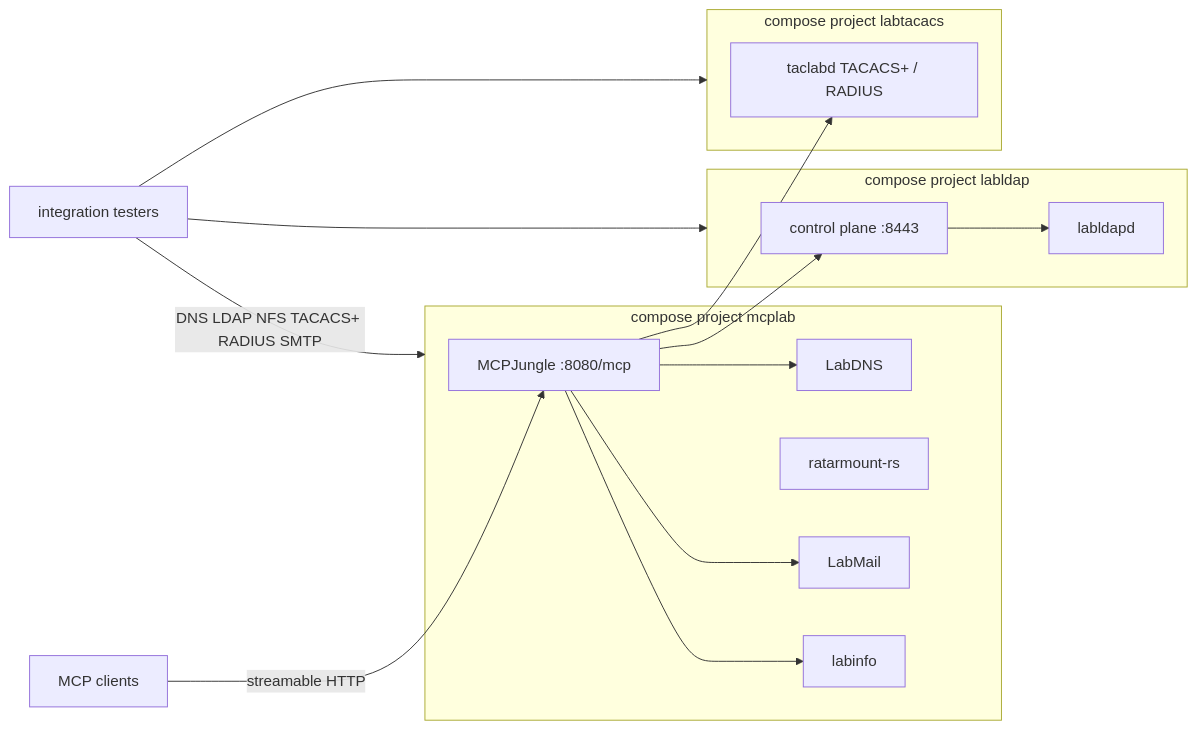
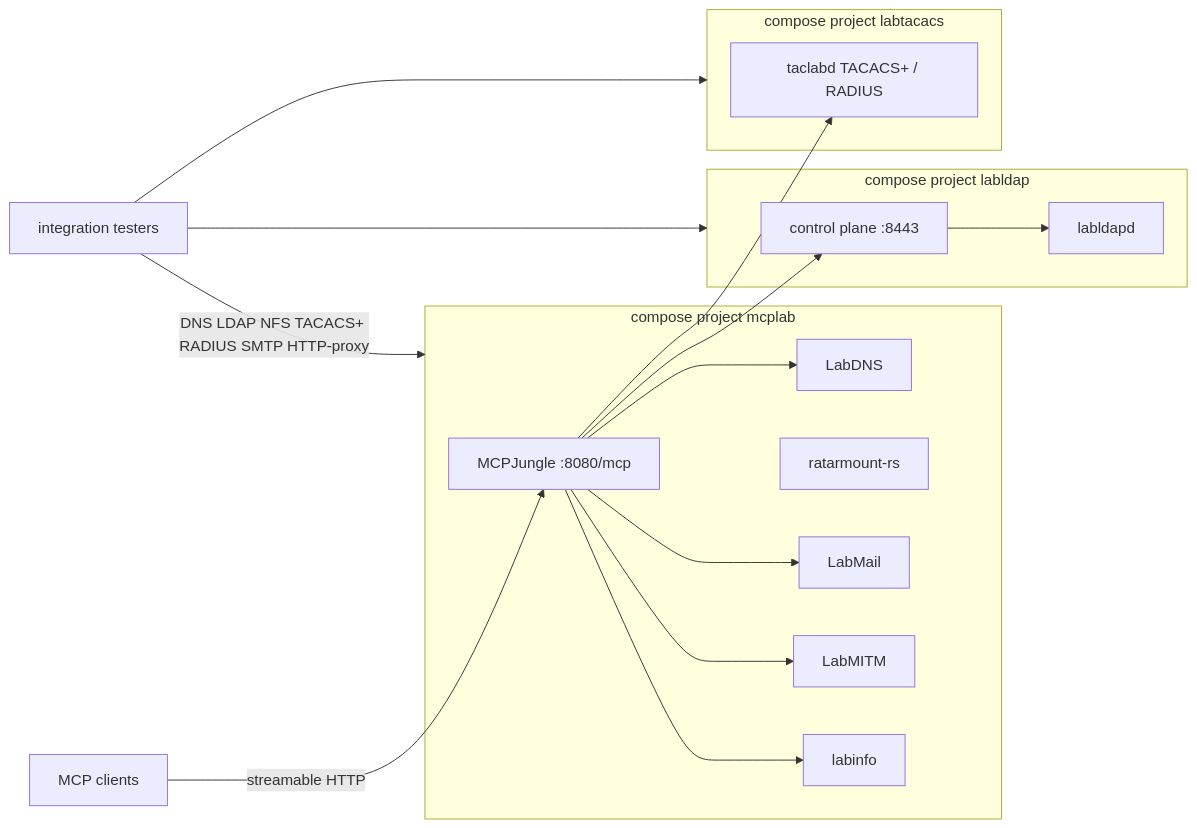
Before and after one commit to hilather/mcp-integration-lab: the diagram in README.md, drawn with Mermaid. The commit also changed other lines of this file and 18 other files, not shown here.

````diff
--- a/README.md
+++ b/README.md
@@ -83,27 +84,29 @@
 ```mermaid
 flowchart LR
   Agents[MCP clients] -->|streamable HTTP| Jungle["MCPJungle :8080/mcp"]
   subgraph mcplab [compose project mcplab]
     Jungle
     DNS[LabDNS]
     NFS[ratarmount-rs]
     Mail[LabMail]
+    MITM[LabMITM]
     Info[labinfo]
   end
   subgraph labldap [compose project labldap]
     Control[control plane :8443]
     Dir[labldapd]
   end
   subgraph labtacacs [compose project labtacacs]
     Taclab[taclabd TACACS+ / RADIUS]
   end
   Jungle --> DNS
   Jungle --> Info
   Jungle --> Control
   Jungle --> Taclab
   Jungle --> Mail
+  Jungle --> MITM
   Control --> Dir
-  Testers[integration testers] -->|DNS LDAP NFS TACACS+ RADIUS SMTP| mcplab
+  Testers[integration testers] -->|DNS LDAP NFS TACACS+ RADIUS SMTP HTTP-proxy| mcplab
   Testers --> labldap
   Testers --> labtacacs
 ```
````
